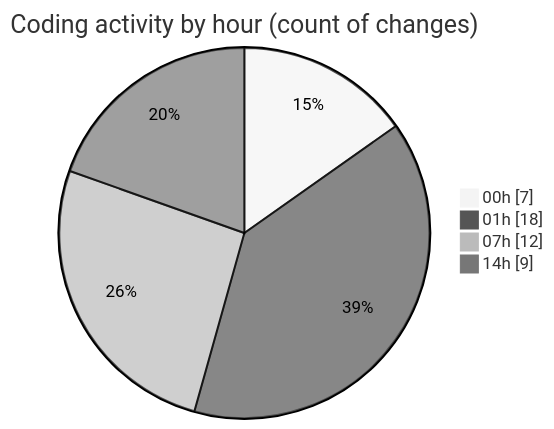
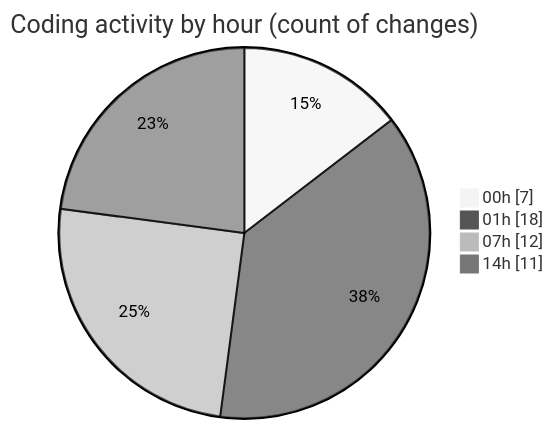
The second of 2 diagrams in 2026-04-24/darkwire/README.md (tmsrecording-cyber/code-tracking), drawn with Mermaid (neutral theme) before and after one commit. The commit also changed other lines of this file and 1 other file, not shown here.

````diff
--- a/2026-04-24/darkwire/README.md
+++ b/2026-04-24/darkwire/README.md
@@ -47,8 +47,8 @@
 ```mermaid
 pie showData
 title Coding activity by hour (count of changes)
 "00h" : 7
 "01h" : 18
 "07h" : 12
-"14h" : 9
+"14h" : 11
 ```
````
